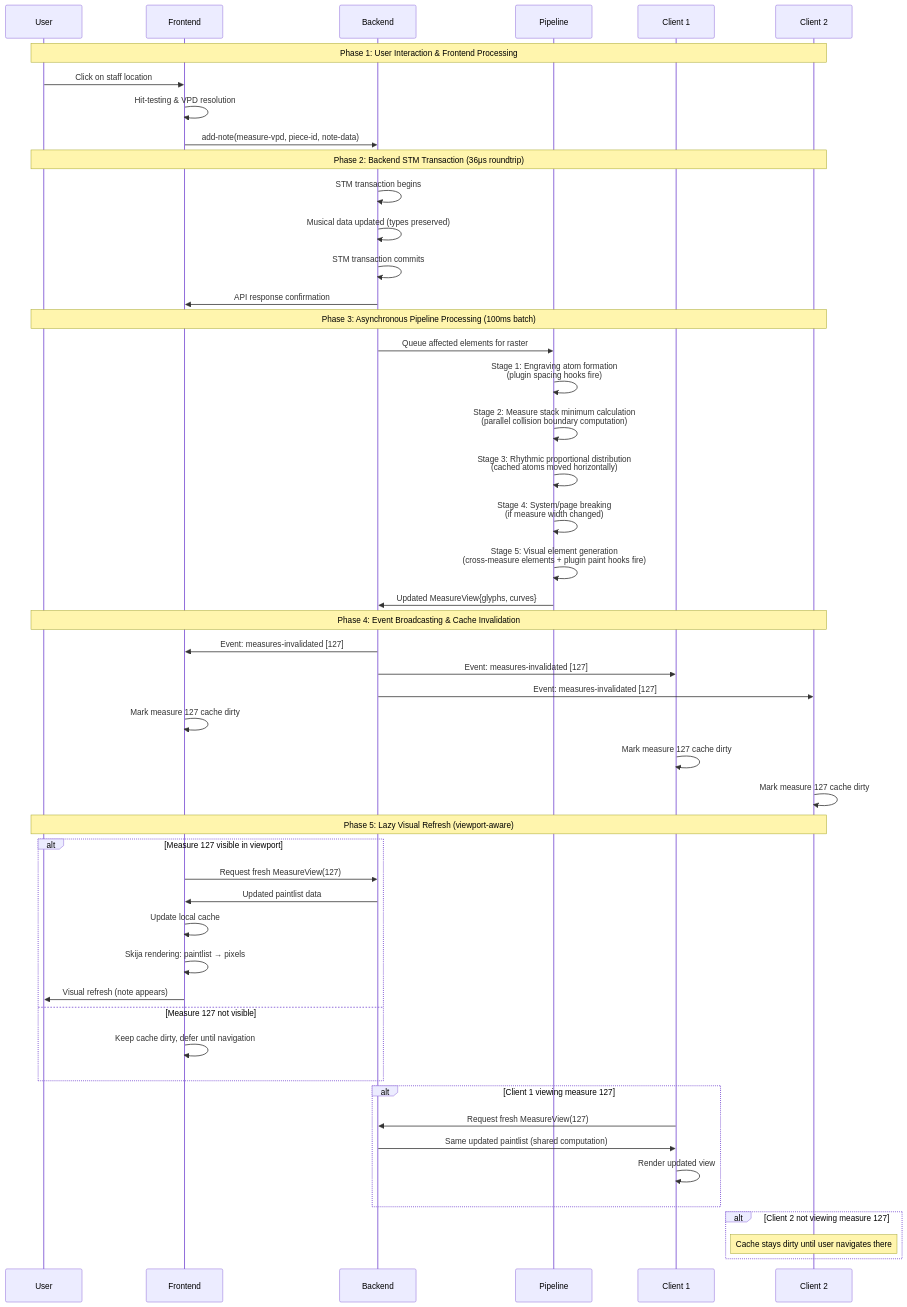
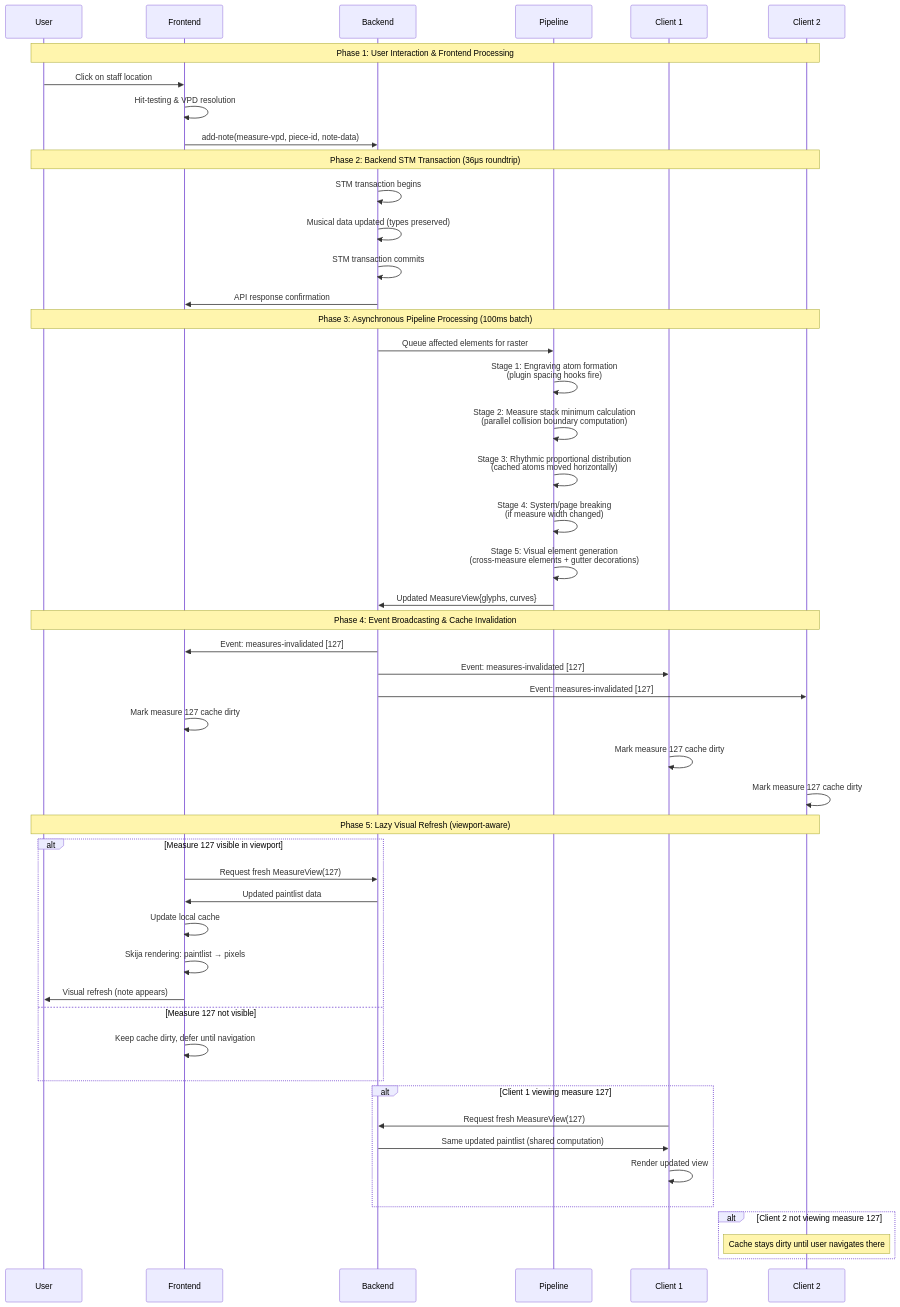
Before and after one commit to PeterBengtson/Ooloi-docs: the third of 4 diagrams in ADRs/0028-Hierarchical-Rendering-Pipeline.md, drawn with Mermaid. The commit also changed other lines of this file and 1 other file, not shown here.

````diff
--- a/ADRs/0028-Hierarchical-Rendering-Pipeline.md
+++ b/ADRs/0028-Hierarchical-Rendering-Pipeline.md
@@ -288,59 +412,59 @@
 ```mermaid
 sequenceDiagram
     participant U as User
     participant F as Frontend
     participant B as Backend
     participant P as Pipeline
     participant C1 as Client 1
     participant C2 as Client 2
 
     Note over U,C2: Phase 1: User Interaction & Frontend Processing
     U->>F: Click on staff location
     F->>F: Hit-testing & VPD resolution
     F->>B: add-note(measure-vpd, piece-id, note-data)
 
     Note over U,C2: Phase 2: Backend STM Transaction (36μs roundtrip)
     B->>B: STM transaction begins
     B->>B: Musical data updated (types preserved)
     B->>B: STM transaction commits
     B->>F: API response confirmation
 
     Note over U,C2: Phase 3: Asynchronous Pipeline Processing (100ms batch)
     B->>P: Queue affected elements for raster
     P->>P: Stage 1: Engraving atom formation<br/>(plugin spacing hooks fire)
     P->>P: Stage 2: Measure stack minimum calculation<br/>(parallel collision boundary computation)
     P->>P: Stage 3: Rhythmic proportional distribution<br/>(cached atoms moved horizontally)
     P->>P: Stage 4: System/page breaking<br/>(if measure width changed)
-    P->>P: Stage 5: Visual element generation<br/>(cross-measure elements + plugin paint hooks fire)
+    P->>P: Stage 5: Visual element generation<br/>(cross-measure elements + gutter decorations)
     P->>B: Updated MeasureView{glyphs, curves}
 
     Note over U,C2: Phase 4: Event Broadcasting & Cache Invalidation
     B->>F: Event: measures-invalidated [127]
     B->>C1: Event: measures-invalidated [127]
     B->>C2: Event: measures-invalidated [127]
 
     F->>F: Mark measure 127 cache dirty
     C1->>C1: Mark measure 127 cache dirty
     C2->>C2: Mark measure 127 cache dirty
 
     Note over U,C2: Phase 5: Lazy Visual Refresh (viewport-aware)
     alt Measure 127 visible in viewport
         F->>B: Request fresh MeasureView(127)
         B->>F: Updated paintlist data
         F->>F: Update local cache
         F->>F: Skija rendering: paintlist → pixels
         F->>U: Visual refresh (note appears)
     else Measure 127 not visible
         F->>F: Keep cache dirty, defer until navigation
     end
 
     alt Client 1 viewing measure 127
         C1->>B: Request fresh MeasureView(127)
         B->>C1: Same updated paintlist (shared computation)
         C1->>C1: Render updated view
     end
 
     alt Client 2 not viewing measure 127
         Note over C2: Cache stays dirty until user navigates there
     end
 ```
````
